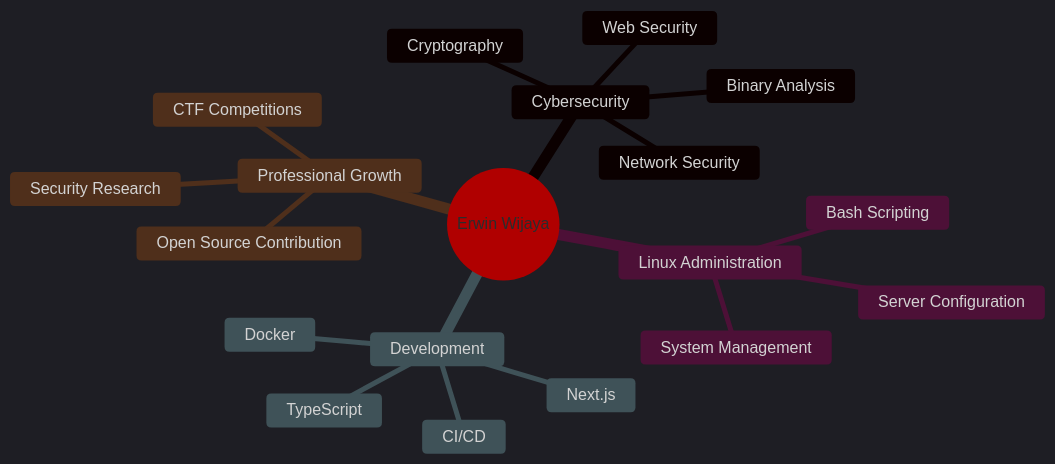
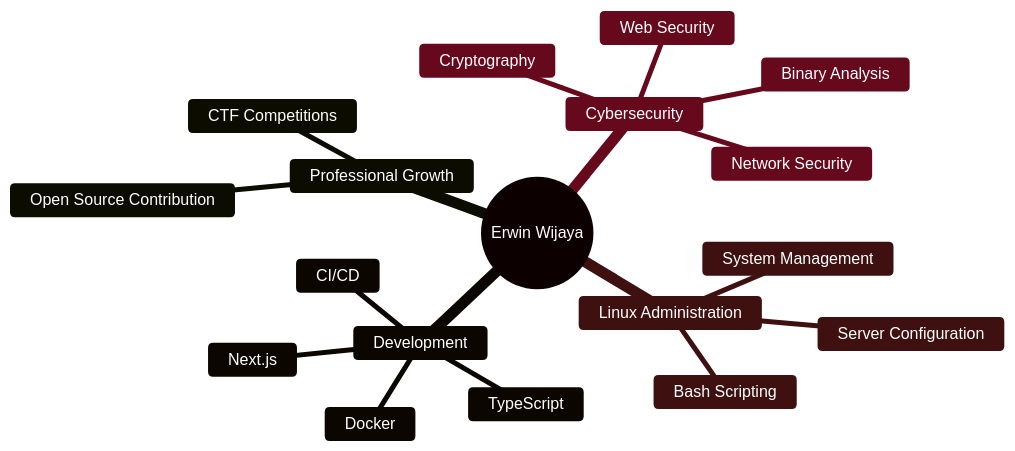
One commit to Romm31/Romm31 changed the diagram in README.md. Above: the diagram before and after it, drawn with Mermaid. The commit also changed other lines of this file, not shown here.

First line of the commit message:
Refactor README to update skills and diagram

````diff
--- a/README.md
+++ b/README.md
@@ -203,23 +202,22 @@
 ```mermaid
-%%{init: {'theme':'dark', 'themeVariables': {'primaryColor':'#8B0000','primaryTextColor':'#fff','primaryBorderColor':'#8B0000','lineColor':'#8B0000','secondaryColor':'#4A0000','tertiaryColor':'#2D0000'}}}%%
+%%{init: {'theme':'base', 'themeVariables': {'primaryColor':'#8B0000','primaryTextColor':'#ffffff','primaryBorderColor':'#DC143C','lineColor':'#8B0000','secondaryColor':'#DC143C','tertiaryColor':'#A52A2A','background':'#ffffff','mainBkg':'#8B0000','secondBkg':'#DC143C','tertiaryBkg':'#A52A2A','textColor':'#ffffff','border1':'#8B0000','border2':'#DC143C'}}}%%
 mindmap
   root((Erwin Wijaya))
     Cybersecurity
       Web Security
       Cryptography
       Binary Analysis
       Network Security
     Linux Administration
       System Management
       Bash Scripting
       Server Configuration
     Development
       Next.js
       TypeScript
       Docker
       CI/CD
     Professional Growth
       CTF Competitions
       Open Source Contribution
-      Security Research
 ```
````
